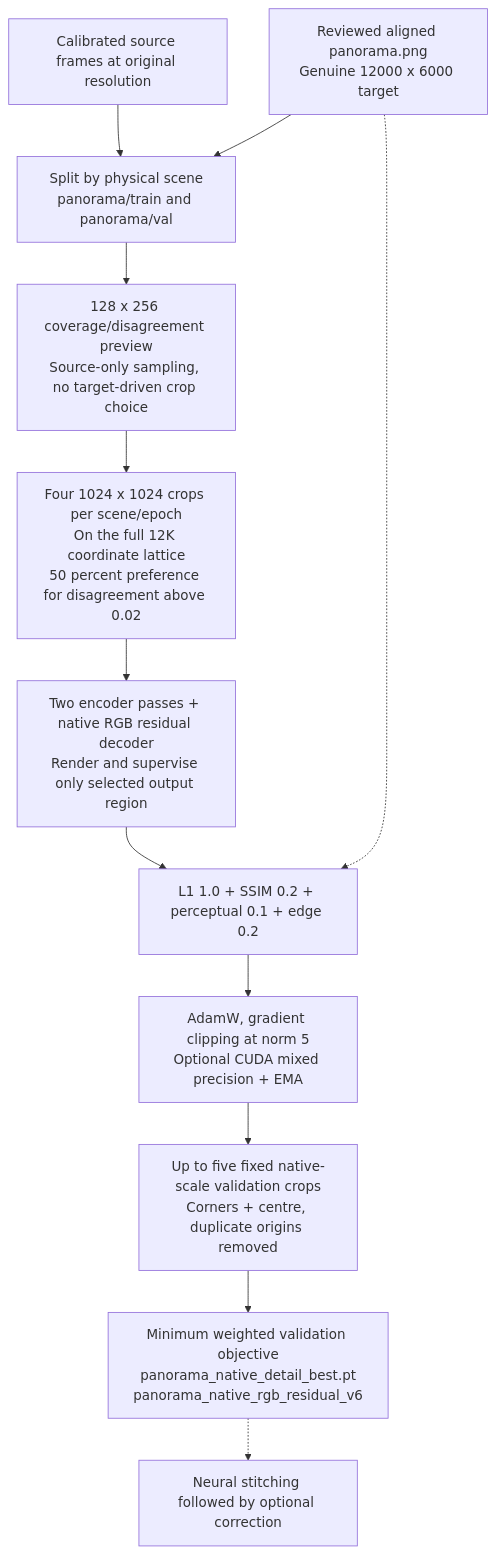
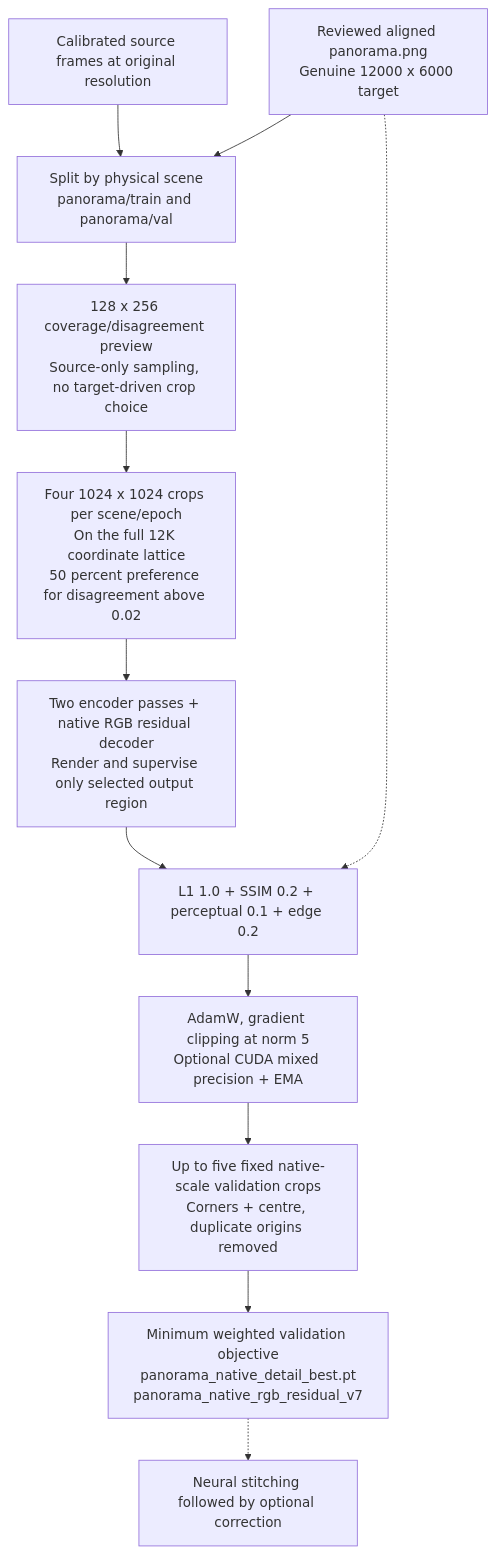
One commit to prasannac10/Capture_360 changed the second of 5 diagrams in panorama/ARCHITECTURE_VARIABLE_TILED.md. Above: the diagram before and after it, drawn with Mermaid. The commit also changed other lines of this file and 7 other files, not shown here.

````diff
--- a/panorama/ARCHITECTURE_VARIABLE_TILED.md
+++ b/panorama/ARCHITECTURE_VARIABLE_TILED.md
@@ -156,19 +156,19 @@
 ```mermaid
 flowchart TD
     sources["Calibrated source frames at original resolution"]
     reference["Reviewed aligned panorama.png<br/>Genuine 12000 x 6000 target"]
     split["Split by physical scene<br/>panorama/train and panorama/val"]
     preview["128 x 256 coverage/disagreement preview<br/>Source-only sampling, no target-driven crop choice"]
     crops["Four 1024 x 1024 crops per scene/epoch<br/>On the full 12K coordinate lattice<br/>50 percent preference for disagreement above 0.02"]
     model["Two encoder passes + native RGB residual decoder<br/>Render and supervise only selected output region"]
     loss["L1 1.0 + SSIM 0.2 + perceptual 0.1 + edge 0.2"]
     optimizer["AdamW, gradient clipping at norm 5<br/>Optional CUDA mixed precision + EMA"]
     validation["Up to five fixed native-scale validation crops<br/>Corners + centre, duplicate origins removed"]
-    checkpoint["Minimum weighted validation objective<br/>panorama_native_detail_best.pt<br/>panorama_native_rgb_residual_v6"]
+    checkpoint["Minimum weighted validation objective<br/>panorama_native_detail_best.pt<br/>panorama_native_rgb_residual_v7"]
     inference["Neural stitching followed by optional correction"]
     sources --> split --> preview --> crops --> model --> loss --> optimizer
     reference --> split
     reference -.-> loss
     optimizer --> validation --> checkpoint
     checkpoint -.-> inference
 ```
````
